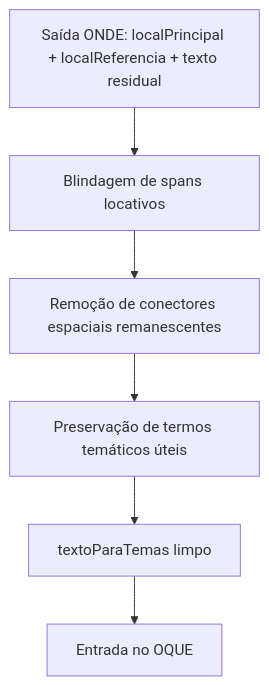
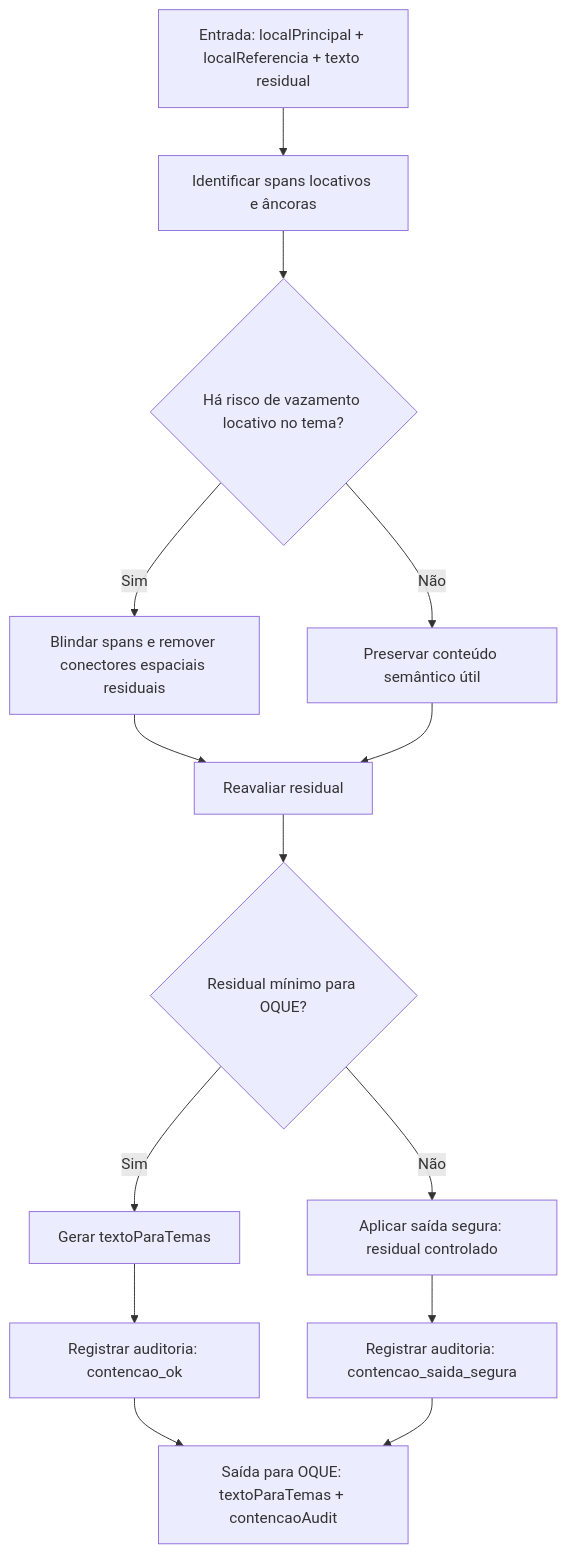
One commit to HeltonBr/TDE-Git changed the diagram in apendice_tecnico/diagramas/DT03_contencao_onde_oque.mmd. Above: the diagram before and after it, drawn with Mermaid. The commit also changed 5 other files, not shown here.

```diff
--- a/apendice_tecnico/diagramas/DT03_contencao_onde_oque.mmd
+++ b/apendice_tecnico/diagramas/DT03_contencao_onde_oque.mmd
@@ -1,6 +1,14 @@
 flowchart TD
-    A[Saída ONDE: localPrincipal + localReferencia + texto residual] --> B[Blindagem de spans locativos]
-    B --> C[Remoção de conectores espaciais remanescentes]
-    C --> D[Preservação de termos temáticos úteis]
-    D --> E[textoParaTemas limpo]
-    E --> F[Entrada no OQUE]
+    A[Entrada: localPrincipal + localReferencia + texto residual] --> B[Identificar spans locativos e âncoras]
+    B --> C{Há risco de vazamento locativo no tema?}
+    C -- Sim --> D[Blindar spans e remover conectores espaciais residuais]
+    C -- Não --> E[Preservar conteúdo semântico útil]
+    D --> F[Reavaliar residual]
+    E --> F
+    F --> G{Residual mínimo para OQUE?}
+    G -- Sim --> H[Gerar textoParaTemas]
+    G -- Não --> I[Aplicar saída segura: residual controlado]
+    H --> J[Registrar auditoria: contencao_ok]
+    I --> K[Registrar auditoria: contencao_saida_segura]
+    J --> L[Saída para OQUE: textoParaTemas + contencaoAudit]
+    K --> L
```
